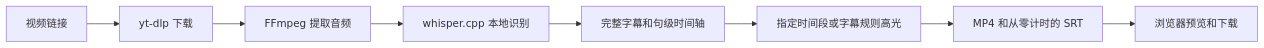
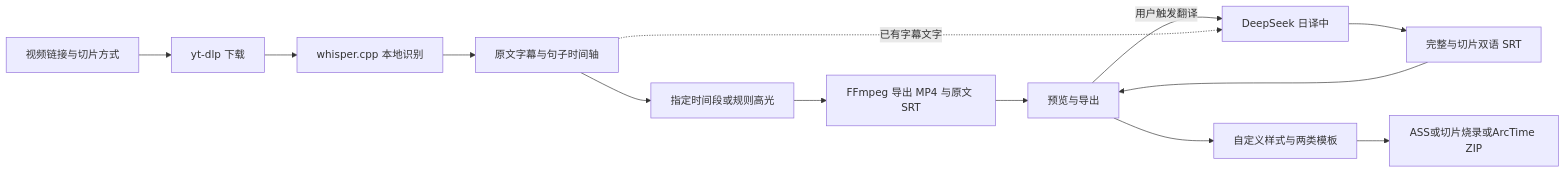
One commit to Nyaruverse/nyaru-clipper changed the diagram in docs/project-handoff.zh-CN.md. Above: the diagram before and after it, drawn with Mermaid. The commit also changed other lines of this file and 14 other files, not shown here.

````diff
--- a/docs/project-handoff.zh-CN.md
+++ b/docs/project-handoff.zh-CN.md
@@ -35,10 +113,15 @@
 ```mermaid
 flowchart LR
-    U[视频链接] --> D[yt-dlp 下载]
-    D --> A[FFmpeg 提取音频]
-    A --> W[whisper.cpp 本地识别]
-    W --> T[完整字幕和句级时间轴]
-    T --> R[指定时间段或字幕规则高光]
-    R --> E[MP4 和从零计时的 SRT]
-    E --> P[浏览器预览和下载]
+    U[视频链接与切片方式] --> D[yt-dlp 下载]
+    D --> A[whisper.cpp 本地识别]
+    A --> T[原文字幕与句子时间轴]
+    T --> S[指定时间段或规则高光]
+    S --> E[FFmpeg 导出 MP4 与原文 SRT]
+    E --> P[预览与导出]
+    P -->|用户触发翻译| L[DeepSeek 日译中]
+    T -.已有字幕文字.-> L
+    L --> B[完整与切片双语 SRT]
+    B --> P
+    P --> C[自定义样式与两类模板]
+    C --> X[ASS或切片烧录或ArcTime ZIP]
 ```
````
